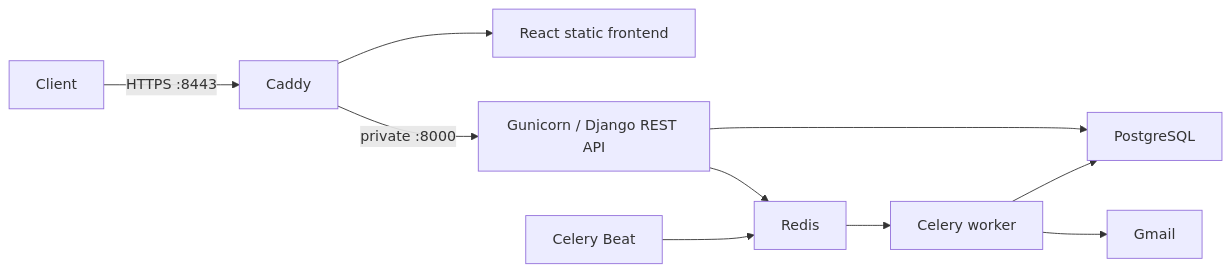
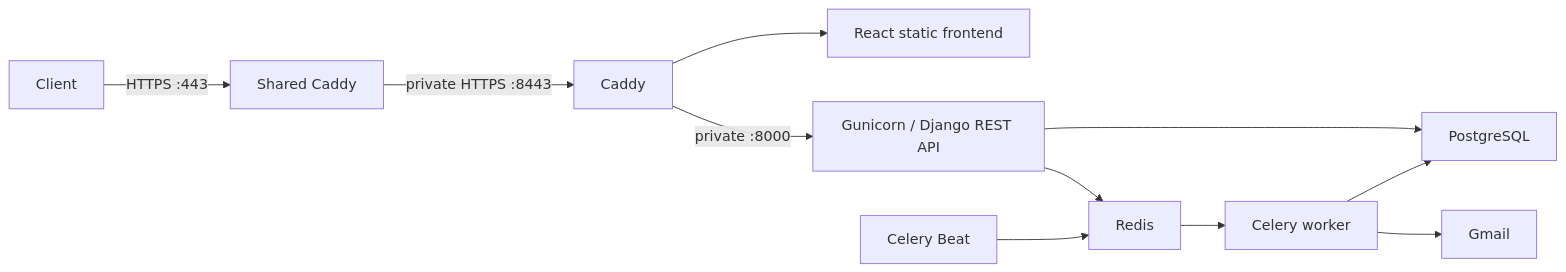
Before and after one commit to Tapan48/event_ticket_booking_api: the diagram in README.md, drawn with Mermaid. The commit also changed other lines of this file and 5 other files, not shown here.

Commit message:
deploy: route ticket domain through shared HTTPS ingress

````diff
--- a/README.md
+++ b/README.md
@@ -18,12 +18,13 @@
 ```mermaid
 flowchart LR
-    Client -->|HTTPS :8443| Caddy
+    Client -->|HTTPS :443| Edge[Shared Caddy]
+    Edge -->|private HTTPS :8443| Caddy
     Caddy --> SPA[React static frontend]
     Caddy -->|private :8000| API[Gunicorn / Django REST API]
     API --> PostgreSQL
     API --> Redis
     Beat[Celery Beat] --> Redis
     Redis --> Worker[Celery worker]
     Worker --> PostgreSQL
     Worker --> Gmail
 ```
````
